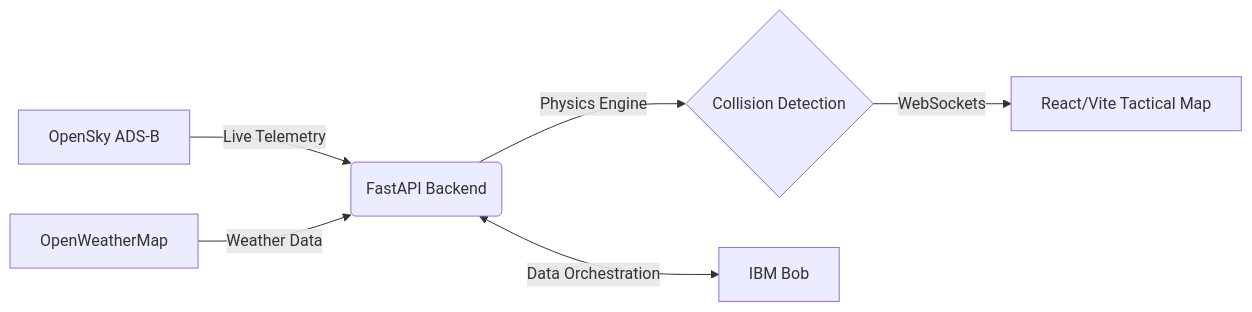
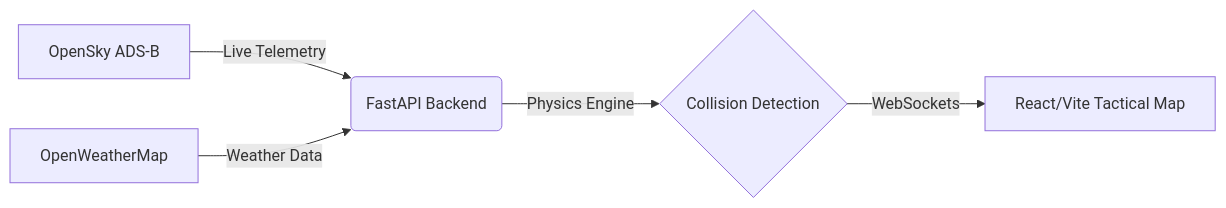
Before and after one commit to SaiyedFaizan09/bob-ai-hackathon-code-crusaders: the diagram in docs/solution-overview.md, drawn with Mermaid. The commit also changed other lines of this file, not shown here.

First line of the commit message:
Revise IBM Bob's role in solution overview

````diff
--- a/docs/solution-overview.md
+++ b/docs/solution-overview.md
@@ -18,8 +18,7 @@
 ```mermaid
 flowchart LR
     A[OpenSky ADS-B] -->|Live Telemetry| C(FastAPI Backend)
     B[OpenWeatherMap] -->|Weather Data| C
     C -->|Physics Engine| D{Collision Detection}
     D -->|WebSockets| E[React/Vite Tactical Map]
-    C <-->|Data Orchestration| F[IBM Bob]
 ```
````
